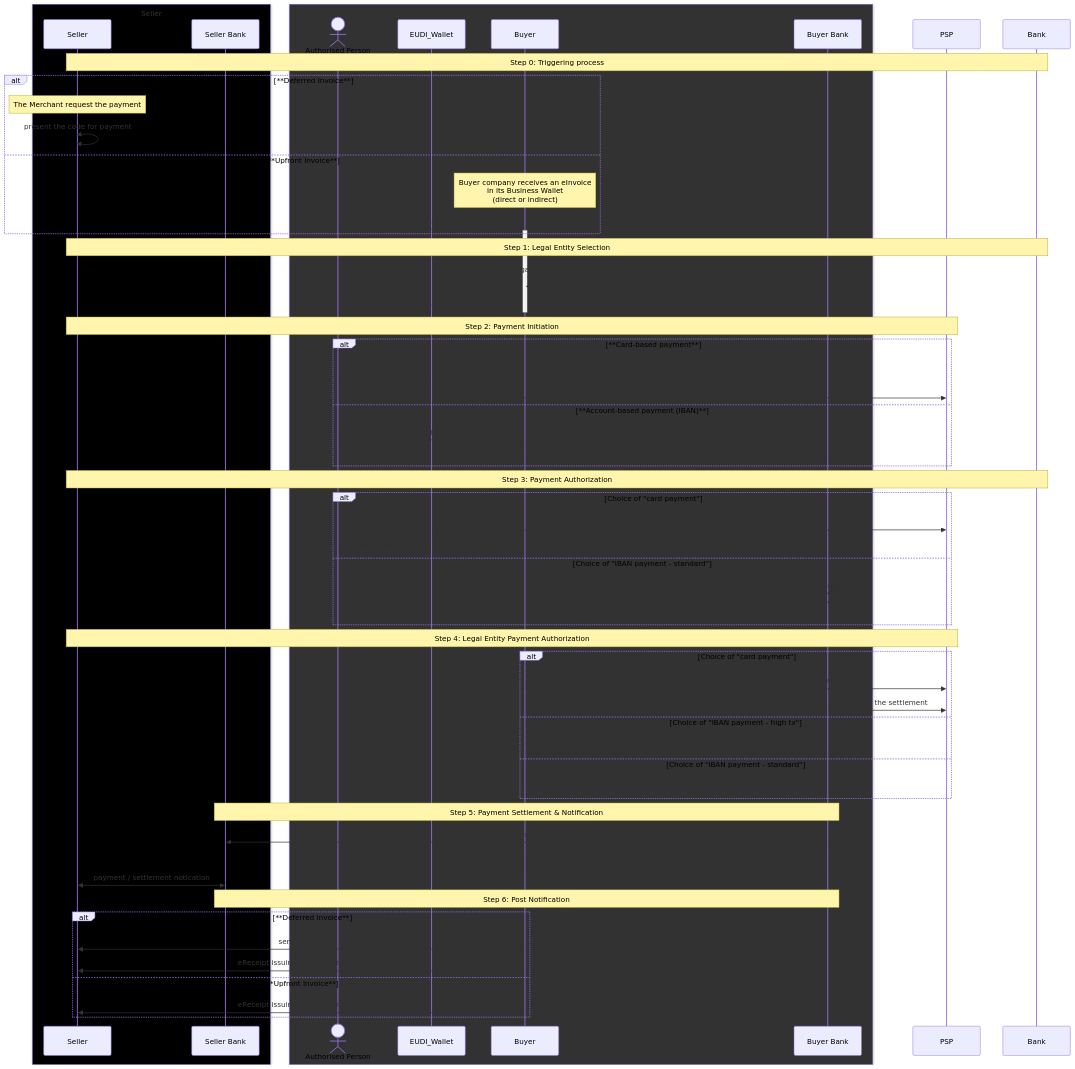
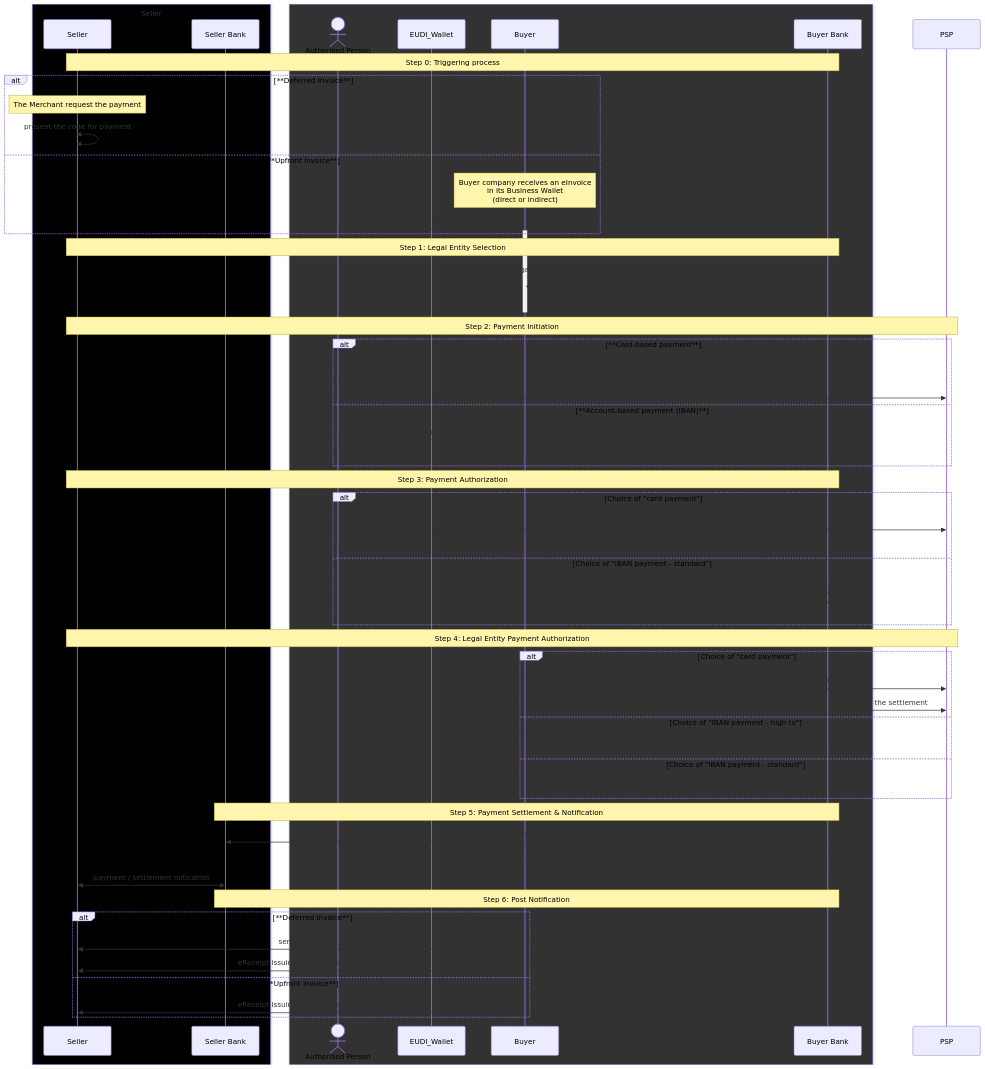
One commit to flo0x/wp3-technology-standards changed the diagram in PA4/README_MVP.md. Above: the diagram before and after it, drawn with Mermaid.

````diff
--- a/PA4/README_MVP.md
+++ b/PA4/README_MVP.md
@@ -192,67 +192,67 @@
 ```mermaid
 sequenceDiagram
 box rgb(0,0,0) Seller
   participant Seller
   participant SellerBank as Seller Bank
 end
 box rgb(50,50,50) Buyer
   actor AuthPerson as Authorised Person
   participant EUDI_Wallet
   participant Buyer
   participant BuyerBank as Buyer Bank
 end
 participant PSP
 
-    note over Seller, Bank  : Step 0: Triggering process 
+    note over Seller, BuyerBank  : Step 0: Triggering process 
     alt **Deferred Invoice**
         note over Seller  : The Merchant request the payment 
         Seller <<->> Seller: present the code for payment         
     else **Upfront  Invoice**     
         note over Buyer : Buyer company receives an eInvoice<br/>in its Business Wallet<br/>(direct or indirect)
         AuthPerson ->>+ Buyer : Select "Start Payment process" service
     end 
     
-    note over Seller, Bank  : Step 1: Legal Entity Selection
+    note over Seller, BuyerBank  : Step 1: Legal Entity Selection
     Buyer ->> Buyer : Configure "legal entity" EUBW
     Buyer -->>- AuthPerson : Redirect to payments
 
     note over Seller, PSP  : Step 2: Payment Initiation
     alt **Card-based payment**
         AuthPerson <<->> EUDI_Wallet : scan the code
         EUDI_Wallet <<->> PSP : initiate the payment
     else **Account-based payment (IBAN)**
         AuthPerson <<->> Buyer : initiate the IBAN payment transfer
         Buyer <<->> BuyerBank : trigger payment filling with token
     end
 
-    note over Seller, Bank  : Step 3: Payment Authorization
+    note over Seller, BuyerBank  : Step 3: Payment Authorization
     alt Choice of "card payment"
         PSP <<->> EUDI_Wallet : request the SCA
         AuthPerson <<->> EUDI_Wallet : present the SCA
     else Choice of "IBAN payment - standard"
         BuyerBank <<->> BuyerBank : token validity check
     end
 
     note over Seller, PSP  : Step 4: Legal Entity Payment Authorization
     alt Choice of "card payment"
         PSP <<->> Buyer : check Authorised Representative authorization (PoA, scope: card, limit: x)
         PSP <<->> BuyerBank : initiate the settlement
     else Choice of "IBAN payment - high tx"
         BuyerBank <<->> Buyer : check Authorised Representative authorization (SR, PoA, scope: tx, limit: x)
     else Choice of "IBAN payment - standard"
         BuyerBank <<->> Buyer : check the token authorization and initiate the settlement
     end
 
     note over SellerBank, BuyerBank  : Step 5: Payment Settlement & Notification
     BuyerBank <<->> SellerBank : payment settlement
     BuyerBank <<->> Buyer : payment / settlement confirmation
     SellerBank <<->> Seller : payment / settlement notication
 
     note over SellerBank, BuyerBank  : Step 6: Post Notification   
     alt **Deferred Invoice**
         Seller <<->> Buyer: send inovice 
         Buyer <<->> Seller : eReceipt issuing (direct or indirect)
     else **Upfront  Invoice**     
         Buyer <<->> Seller : eReceipt issuing (direct or indirect)
     end 
 ```
````
